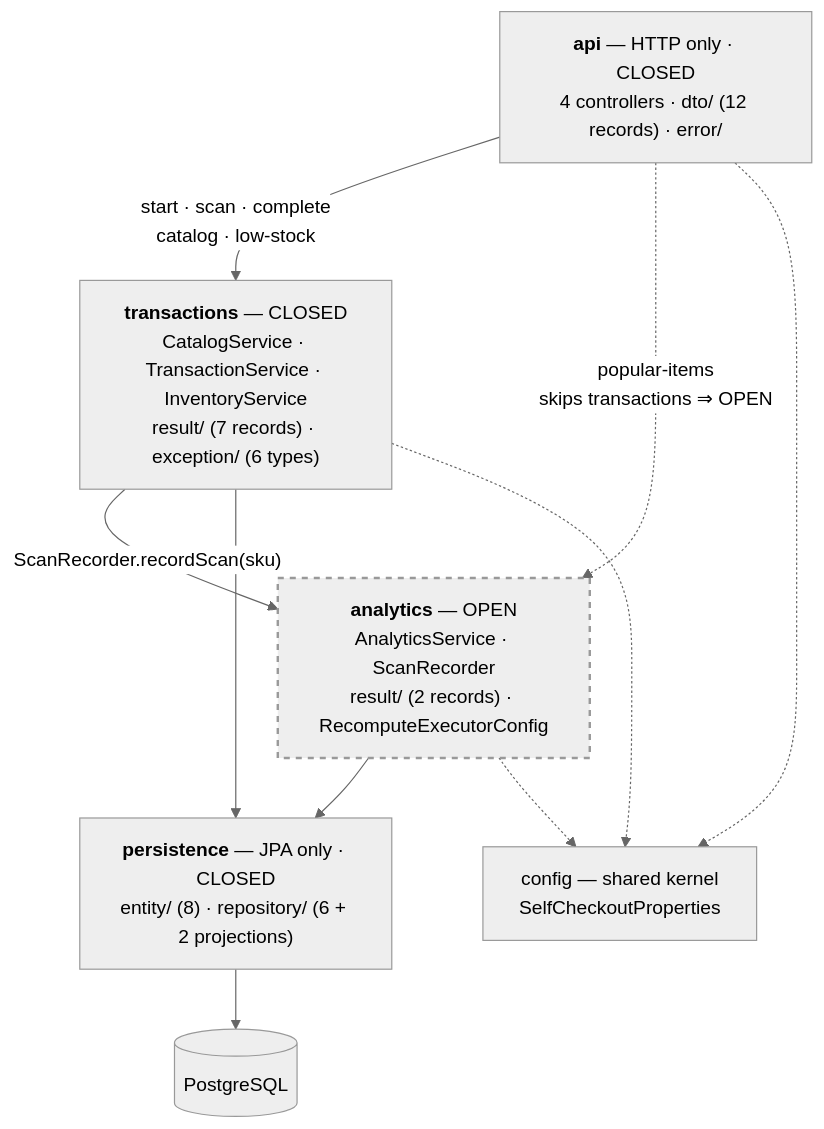
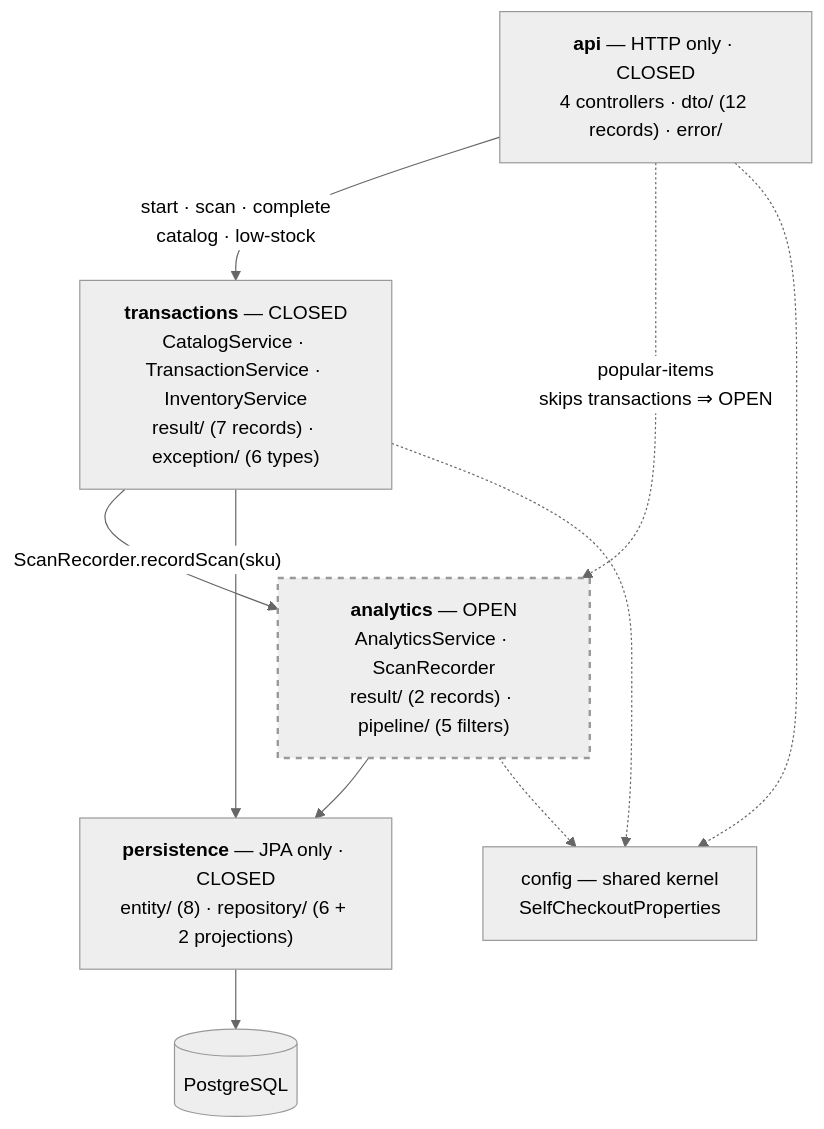
One commit to Vatsalya2003/self_checkout_system changed the diagram in ARCHITECTURE.md. Above: the diagram before and after it, drawn with Mermaid (neutral theme). The commit also changed other lines of this file and 37 other files, not shown here.

Commit message:
Pipeline architecture for windowed analytics: ingest, window, rank, sink and scan-log writer filters over blocking-queue pipes, load test reports

````diff
--- a/ARCHITECTURE.md
+++ b/ARCHITECTURE.md
@@ -215,22 +216,22 @@
 ```mermaid
 graph TD
     API["<b>api</b> — HTTP only · CLOSED<br/>4 controllers · dto/ (12 records) · error/"]
     TX["<b>transactions</b> — CLOSED<br/>CatalogService · TransactionService · InventoryService<br/>result/ (7 records) · exception/ (6 types)"]
-    AN["<b>analytics</b> — OPEN<br/>AnalyticsService · ScanRecorder<br/>result/ (2 records) · RecomputeExecutorConfig"]
+    AN["<b>analytics</b> — OPEN<br/>AnalyticsService · ScanRecorder<br/>result/ (2 records) · pipeline/ (5 filters)"]
     PER["<b>persistence</b> — JPA only · CLOSED<br/>entity/ (8) · repository/ (6 + 2 projections)"]
     CFG["config — shared kernel<br/>SelfCheckoutProperties"]
     DB[("PostgreSQL")]
 
     API -->|"start · scan · complete<br/>catalog · low-stock"| TX
     API -.->|"popular-items<br/>skips transactions ⇒ OPEN"| AN
     TX -->|"ScanRecorder.recordScan(sku)"| AN
     TX --> PER
     AN --> PER
     PER --> DB
     API -.-> CFG
     TX -.-> CFG
     AN -.-> CFG
 
     classDef openLayer stroke-dasharray:5 5,stroke-width:2px
     class AN openLayer
 ```
````
